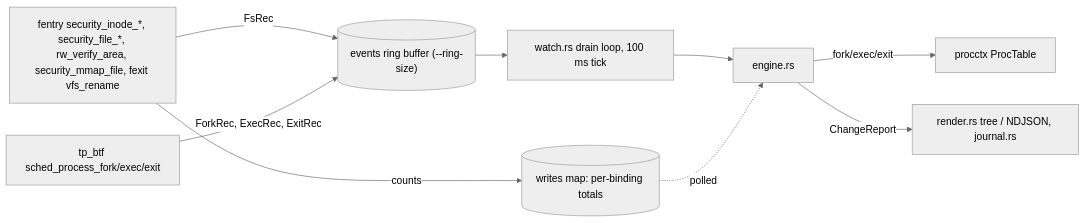
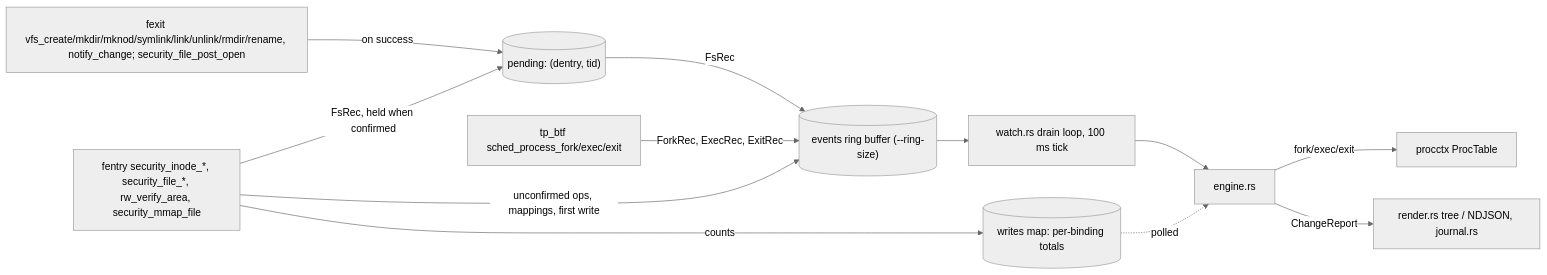
The diagram in AGENTS.md (Arinerron/fsblame), drawn with Mermaid (neutral theme) before and after one commit. The commit also changed other lines of this file and 42 other files, not shown here.

````diff
--- a/AGENTS.md
+++ b/AGENTS.md
@@ -82,11 +84,14 @@
 ```mermaid
 flowchart LR
-  K["fentry security_inode_*, security_file_*, rw_verify_area, security_mmap_file, fexit vfs_rename"] -->|FsRec| R[("events ring buffer (--ring-size)")]
+  K["fentry security_inode_*, security_file_*, rw_verify_area, security_mmap_file"] -->|"FsRec, held when confirmed"| Q[("pending: (dentry, tid)")]
+  X["fexit vfs_create/mkdir/mknod/symlink/link/unlink/rmdir/rename, notify_change; security_file_post_open"] -->|"on success"| Q
+  Q -->|FsRec| R[("events ring buffer (--ring-size)")]
+  K -->|"unconfirmed ops, mappings, first write"| R
   S["tp_btf sched_process_fork/exec/exit"] -->|"ForkRec, ExecRec, ExitRec"| R
   K -->|counts| M[("writes map: per-binding totals")]
   R --> W["watch.rs drain loop, 100 ms tick"]
   W --> E["engine.rs"]
   M -.polled.-> E
   E -->|"fork/exec/exit"| P["procctx ProcTable"]
   E -->|ChangeReport| O["render.rs tree / NDJSON, journal.rs"]
 ```
````
